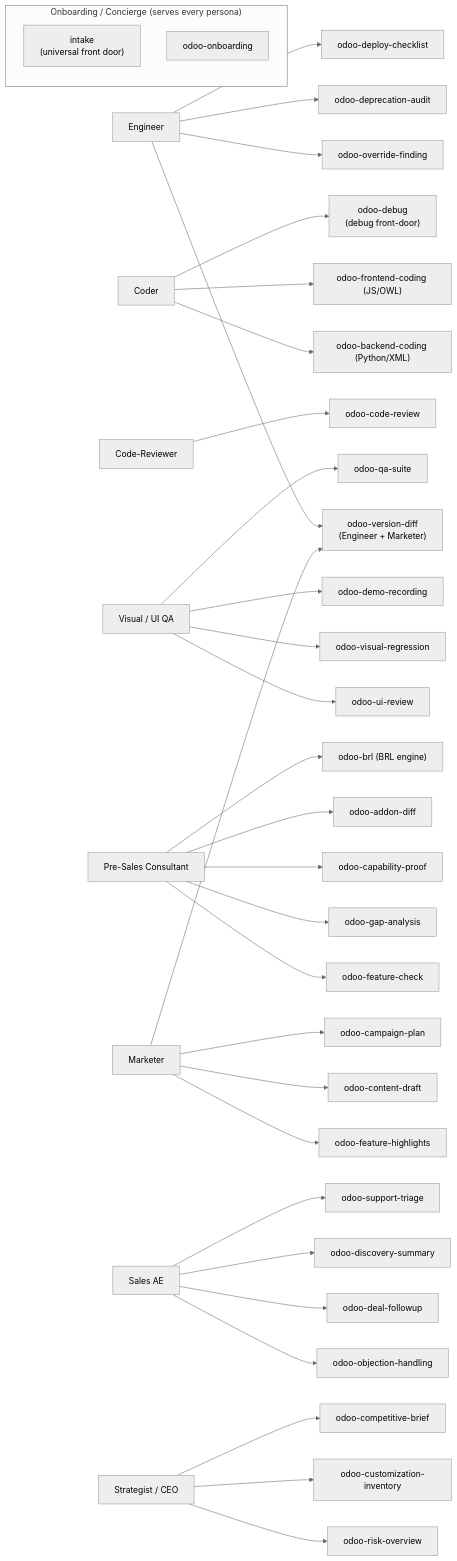
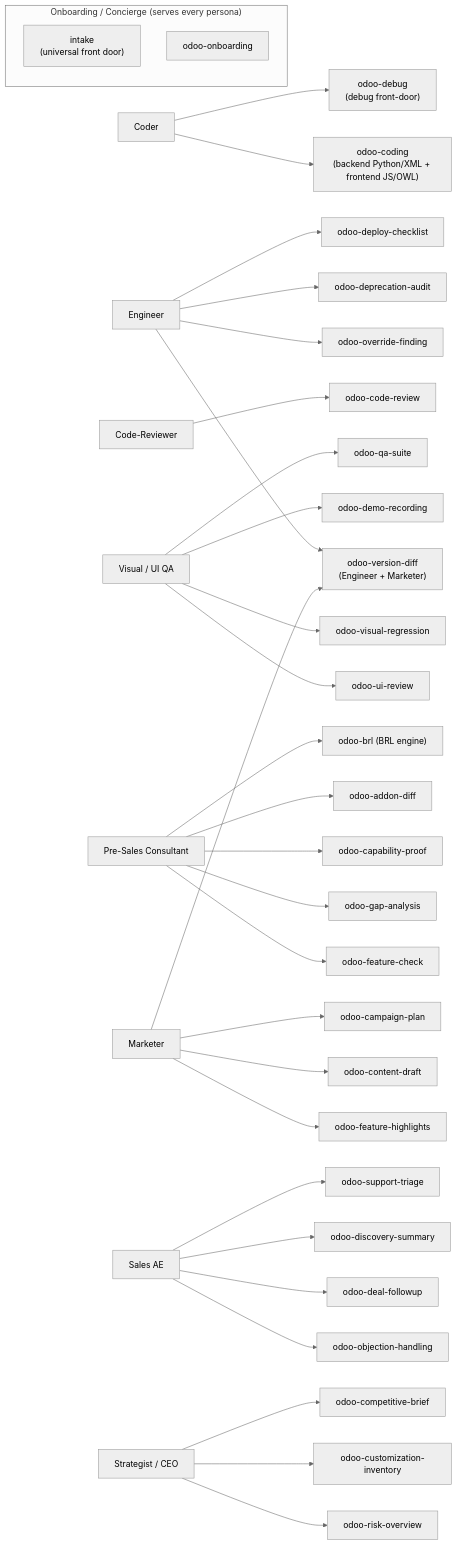
The first of 4 diagrams in plugins/odoo-semantic-skills/README.md (Viindoo/odoo-mcp-client), drawn with Mermaid (neutral theme) before and after one commit. The commit also changed other lines of this file and 70 other files, not shown here.

````diff
--- a/plugins/odoo-semantic-skills/README.md
+++ b/plugins/odoo-semantic-skills/README.md
@@ -40,45 +40,44 @@
 ```mermaid
 flowchart LR
     subgraph concierge["Onboarding / Concierge (serves every persona)"]
         intake_skill["intake<br/>(universal front door)"]
         onboard["odoo-onboarding"]
     end
 
     eng["Engineer"] --> override["odoo-override-finding"]
     eng --> deprecation["odoo-deprecation-audit"]
     eng --> deploy["odoo-deploy-checklist"]
 
-    coder["Coder"] --> coderpy["odoo-backend-coding (Python/XML)"]
-    coder --> coderfe["odoo-frontend-coding (JS/OWL)"]
+    coder["Coder"] --> coding["odoo-coding<br/>(backend Python/XML + frontend JS/OWL)"]
     coder --> dbg["odoo-debug<br/>(debug front-door)"]
 
     rev["Code-Reviewer"] --> reviewer["odoo-code-review"]
 
     qa["Visual / UI QA"] --> uirev["odoo-ui-review"]
     qa --> visreg["odoo-visual-regression"]
     qa --> demo["odoo-demo-recording"]
     qa --> qasuite["odoo-qa-suite"]
 
     presales["Pre-Sales Consultant"] --> featchk["odoo-feature-check"]
     presales --> gap["odoo-gap-analysis"]
     presales --> cap["odoo-capability-proof"]
     presales --> addon["odoo-addon-diff"]
     presales --> brl["odoo-brl (BRL engine)"]
 
     sales["Sales AE"] --> obj["odoo-objection-handling"]
     sales --> followup["odoo-deal-followup"]
     sales --> disc["odoo-discovery-summary"]
     sales --> support["odoo-support-triage"]
 
     mkt["Marketer"] --> highlights["odoo-feature-highlights"]
     mkt --> content["odoo-content-draft"]
     mkt --> campaign["odoo-campaign-plan"]
 
     strat["Strategist / CEO"] --> risk["odoo-risk-overview"]
     strat --> inv["odoo-customization-inventory"]
     strat --> comp["odoo-competitive-brief"]
 
     vdiff["odoo-version-diff<br/>(Engineer + Marketer)"]
     eng --> vdiff
     mkt --> vdiff
 ```
````
